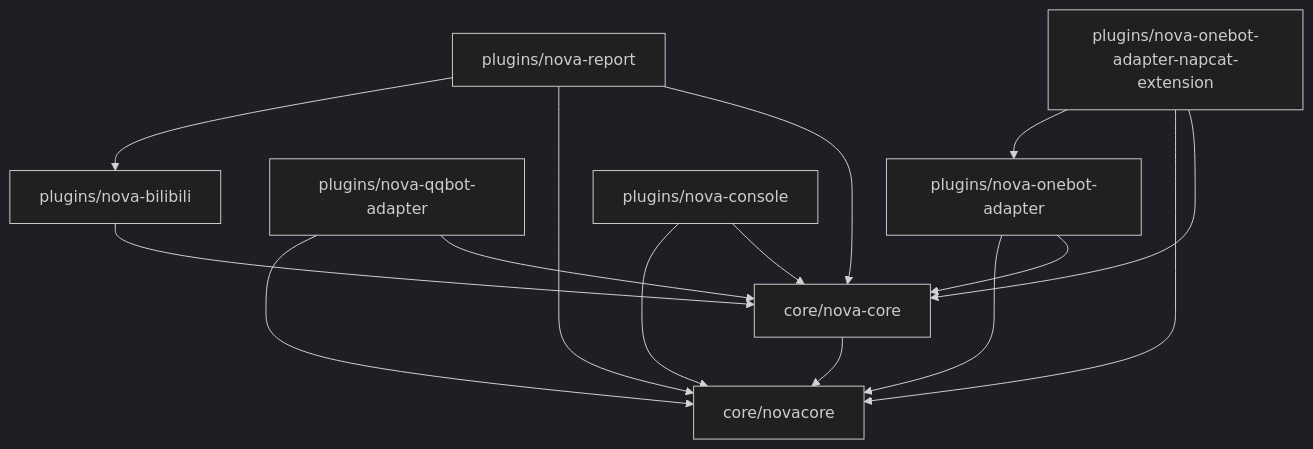
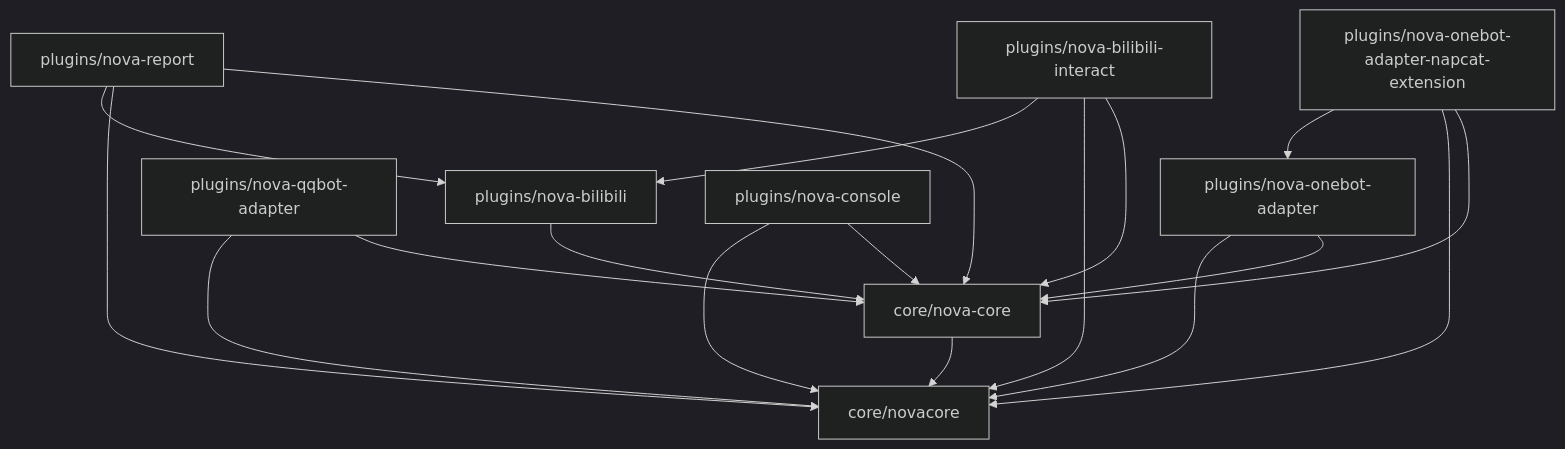
Before and after one commit to FrostNovaOrg/NovaBot: the first of 2 diagrams in docs/architecture.md, drawn with Mermaid (dark theme). The commit also changed other lines of this file and 45 other files, not shown here.

````diff
--- a/docs/architecture.md
+++ b/docs/architecture.md
@@ -31,25 +32,29 @@
 ```mermaid
 flowchart TB
   novacore["core/novacore"]
   nova_core["core/nova-core"]
   onebot_adapter["plugins/nova-onebot-adapter"]
   napcat_extension["plugins/nova-onebot-adapter-napcat-extension"]
   qqbot_adapter["plugins/nova-qqbot-adapter"]
   nova_bilibili["plugins/nova-bilibili"]
+  nova_interact["plugins/nova-bilibili-interact"]
   nova_console["plugins/nova-console"]
   nova_report["plugins/nova-report"]
   nova_core --> novacore
   onebot_adapter --> nova_core
   onebot_adapter --> novacore
   napcat_extension --> nova_core
   napcat_extension --> novacore
   napcat_extension --> onebot_adapter
   qqbot_adapter --> nova_core
   qqbot_adapter --> novacore
   nova_bilibili --> nova_core
+  nova_interact --> nova_core
+  nova_interact --> novacore
+  nova_interact --> nova_bilibili
   nova_console --> nova_core
   nova_console --> novacore
   nova_report --> nova_core
   nova_report --> novacore
   nova_report --> nova_bilibili
 ```
````
